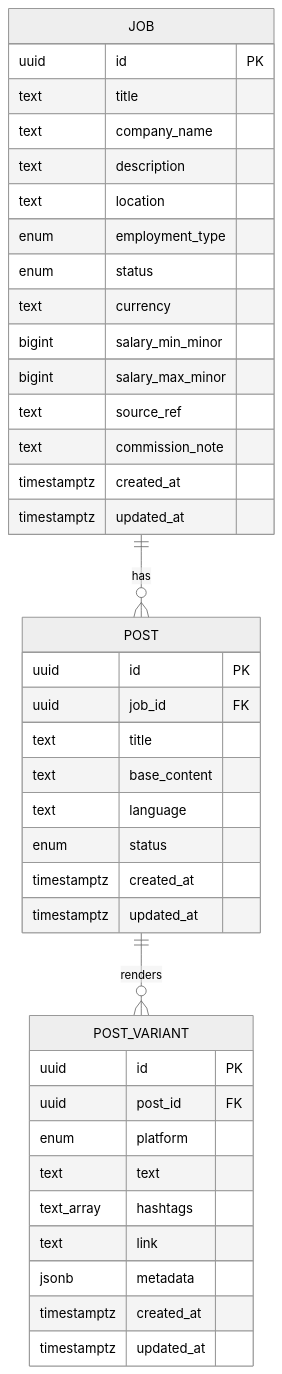
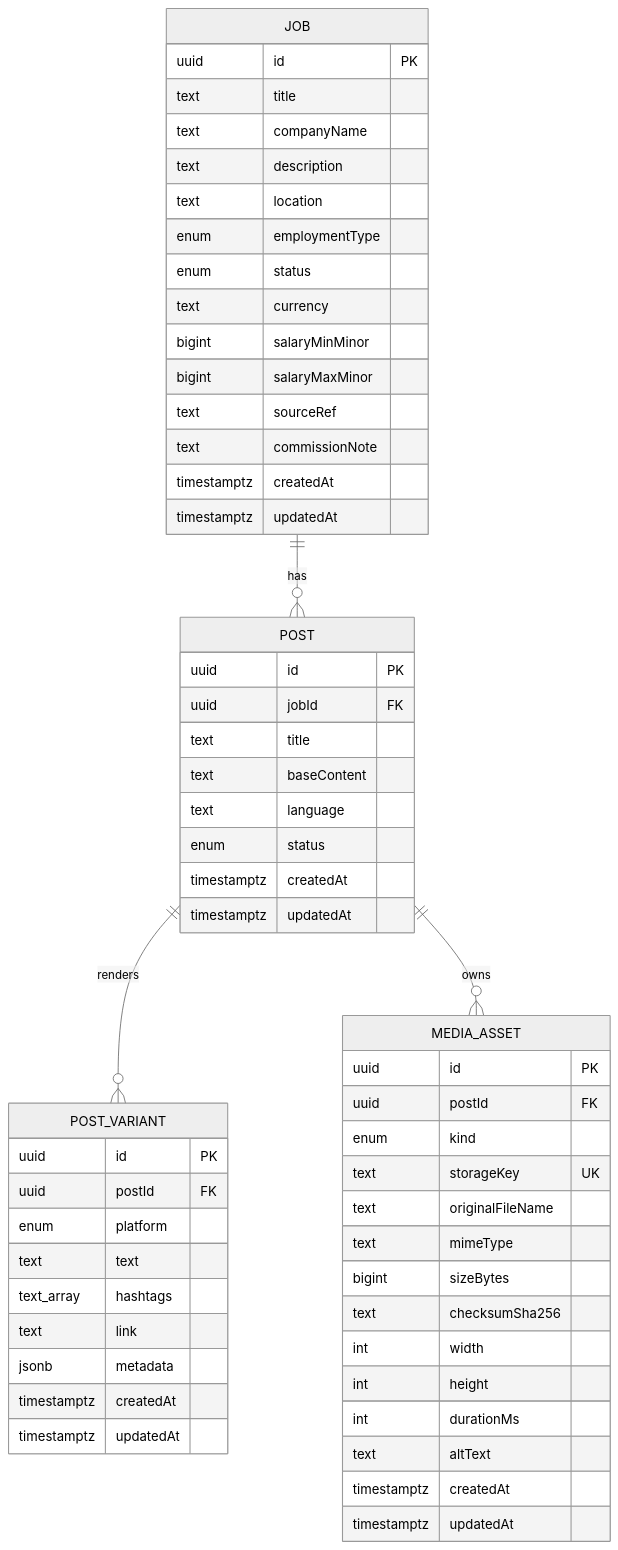
Before and after one commit to vitoo16/recruitops-platform: the diagram in docs/diagrams/job-content-erd.md, drawn with Mermaid (neutral theme). The commit also changed other lines of this file and 4 other files, not shown here.

Commit message:
docs: synchronize Phase 3 API and diagrams

````diff
--- a/docs/diagrams/job-content-erd.md
+++ b/docs/diagrams/job-content-erd.md
@@ -3,45 +5,63 @@
 ```mermaid
 erDiagram
     JOB ||--o{ POST : has
     POST ||--o{ POST_VARIANT : renders
+    POST ||--o{ MEDIA_ASSET : owns
 
     JOB {
       uuid id PK
       text title
-      text company_name
+      text companyName
       text description
       text location
-      enum employment_type
+      enum employmentType
       enum status
       text currency
-      bigint salary_min_minor
-      bigint salary_max_minor
-      text source_ref
-      text commission_note
-      timestamptz created_at
-      timestamptz updated_at
+      bigint salaryMinMinor
+      bigint salaryMaxMinor
+      text sourceRef
+      text commissionNote
+      timestamptz createdAt
+      timestamptz updatedAt
     }
 
     POST {
       uuid id PK
-      uuid job_id FK
+      uuid jobId FK
       text title
-      text base_content
+      text baseContent
       text language
       enum status
-      timestamptz created_at
-      timestamptz updated_at
+      timestamptz createdAt
+      timestamptz updatedAt
     }
 
     POST_VARIANT {
       uuid id PK
-      uuid post_id FK
+      uuid postId FK
       enum platform
       text text
       text_array hashtags
       text link
       jsonb metadata
-      timestamptz created_at
-      timestamptz updated_at
+      timestamptz createdAt
+      timestamptz updatedAt
+    }
+
+    MEDIA_ASSET {
+      uuid id PK
+      uuid postId FK
+      enum kind
+      text storageKey UK
+      text originalFileName
+      text mimeType
+      bigint sizeBytes
+      text checksumSha256
+      int width
+      int height
+      int durationMs
+      text altText
+      timestamptz createdAt
+      timestamptz updatedAt
     }
 ```
````
